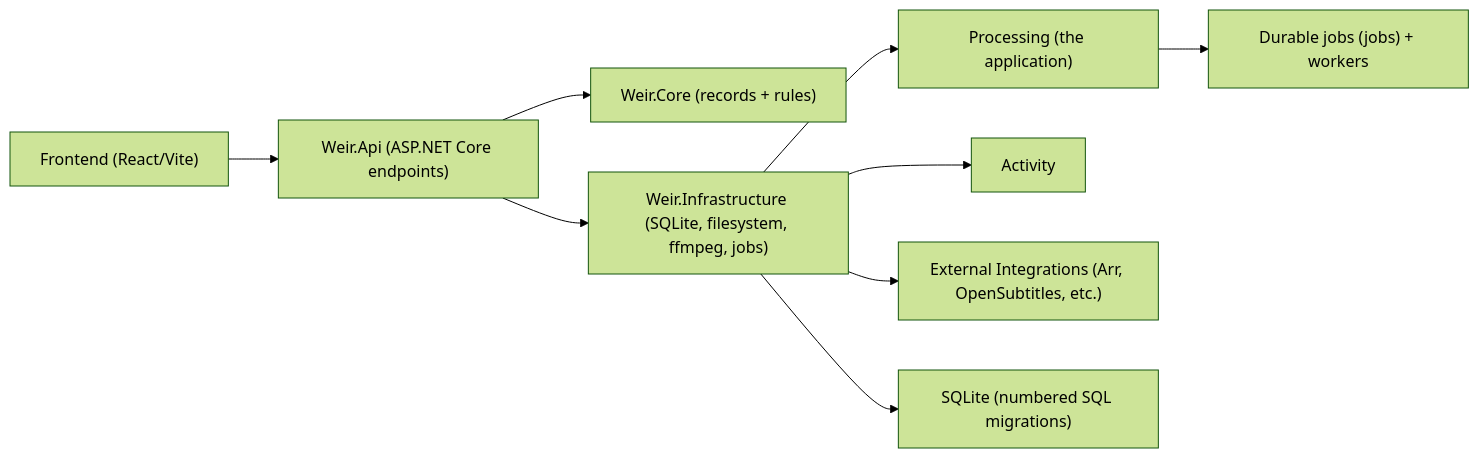
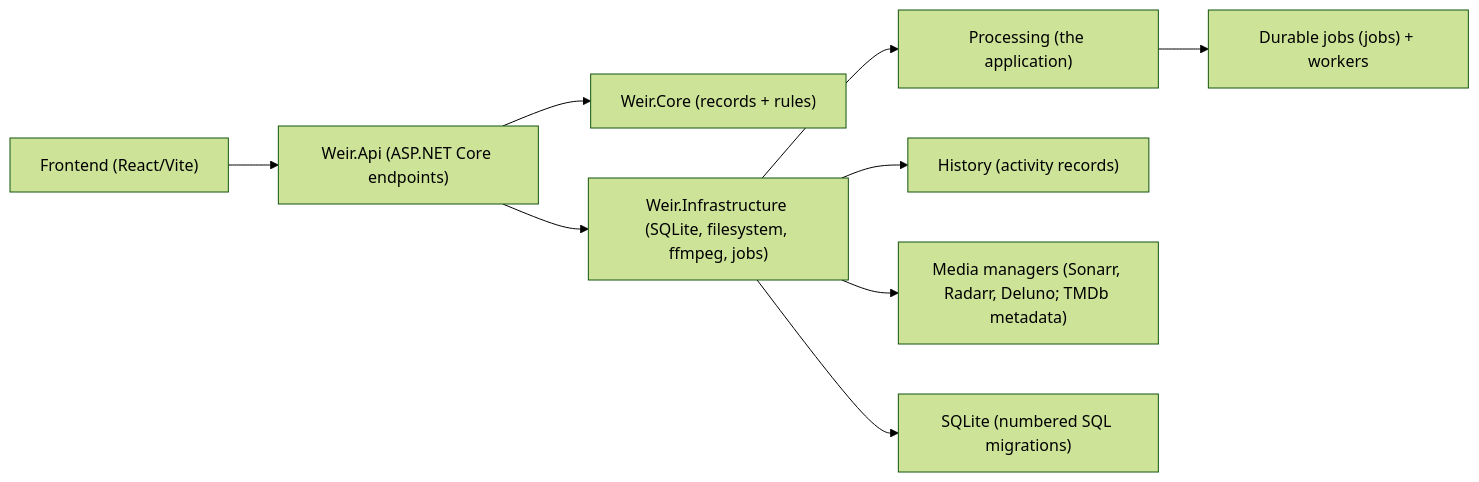
The first of 2 diagrams in docs-site/docs/architecture/overview.md (jampat000/Weir), drawn with Mermaid (forest theme) before and after one commit. The commit also changed other lines of this file and 115 other files, not shown here.

````diff
--- a/docs-site/docs/architecture/overview.md
+++ b/docs-site/docs/architecture/overview.md
@@ -18,11 +19,11 @@
 ```mermaid
 flowchart LR
   UI["Frontend (React/Vite)"] --> API["Weir.Api (ASP.NET Core endpoints)"]
   API --> Core["Weir.Core (records + rules)"]
   API --> Infra["Weir.Infrastructure (SQLite, filesystem, ffmpeg, jobs)"]
   Infra --> Processing["Processing (the application)"]
-  Infra --> Activity["Activity"]
-  Infra --> Integrations["External Integrations (Arr, OpenSubtitles, etc.)"]
+  Infra --> History["History (activity records)"]
+  Infra --> Integrations["Media managers (Sonarr, Radarr, Deluno; TMDb metadata)"]
   Infra --> DB["SQLite (numbered SQL migrations)"]
   Processing --> Jobs["Durable jobs (jobs) + workers"]
 ```
````
